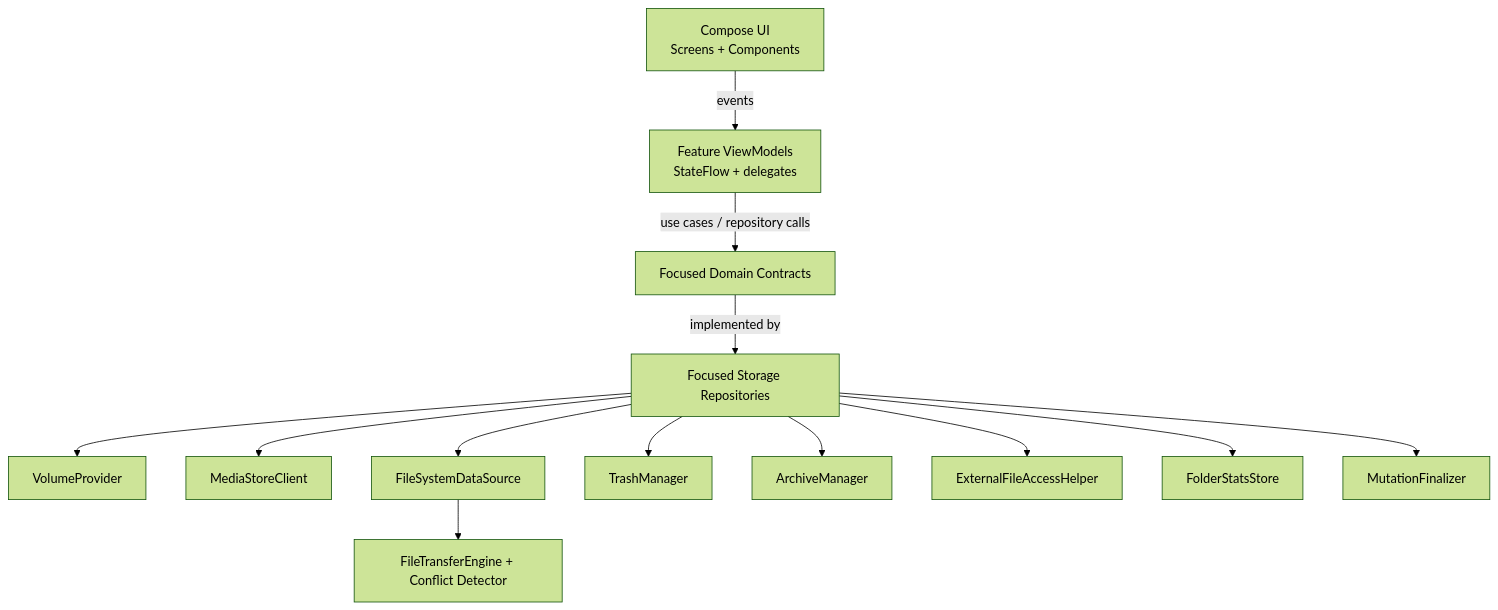
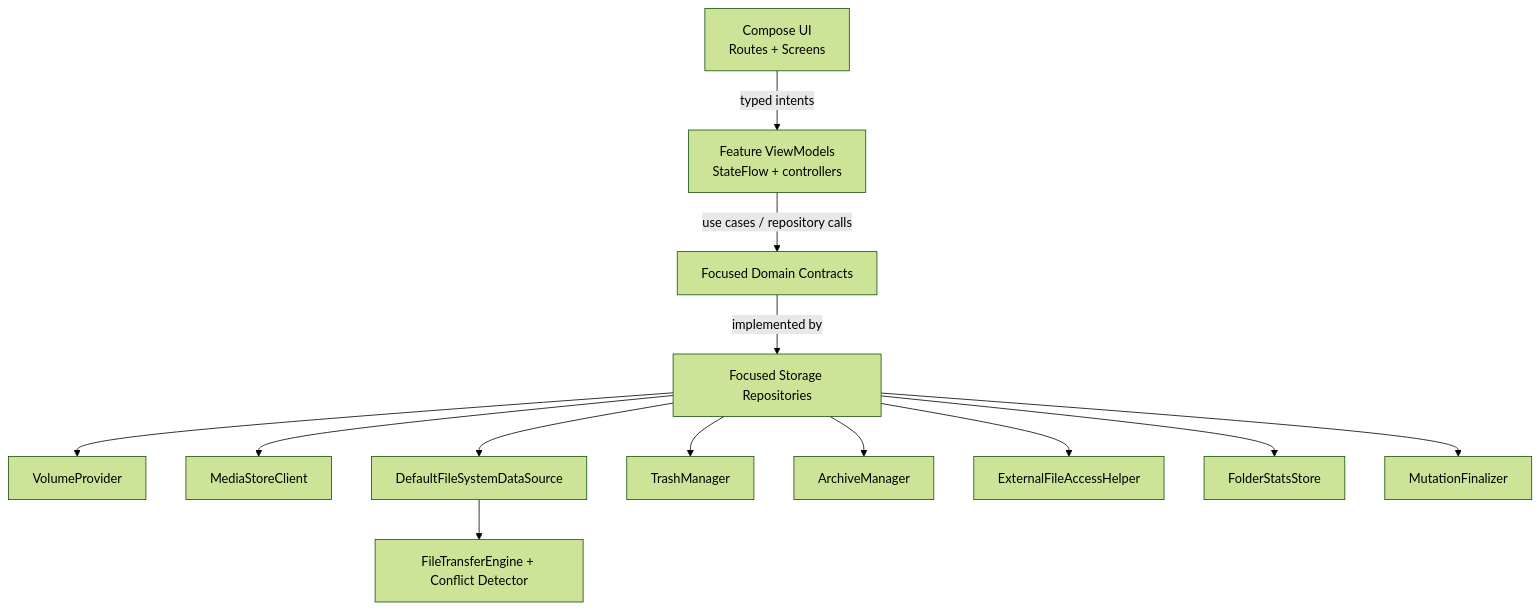
The diagram in DEVELOPMENT.md (qtremors/arcile), drawn with Mermaid (forest theme) before and after one commit. The commit also changed other lines of this file and 82 other files, not shown here.

````diff
--- a/DEVELOPMENT.md
+++ b/DEVELOPMENT.md
@@ -42,15 +42,15 @@
 ```mermaid
 graph TD
-    A["Compose UI<br/>Screens + Components"] -->|events| B["Feature ViewModels<br/>StateFlow + delegates"]
+    A["Compose UI<br/>Routes + Screens"] -->|typed intents| B["Feature ViewModels<br/>StateFlow + controllers"]
     B -->|use cases / repository calls| C["Focused Domain Contracts"]
     C -->|implemented by| D["Focused Storage Repositories"]
     D --> E["VolumeProvider"]
     D --> F["MediaStoreClient"]
-    D --> G["FileSystemDataSource"]
+    D --> G["DefaultFileSystemDataSource"]
     D --> H["TrashManager"]
     D --> I["ArchiveManager"]
     D --> K["ExternalFileAccessHelper"]
     G --> J["FileTransferEngine + Conflict Detector"]
     D --> L["FolderStatsStore"]
     D --> M["MutationFinalizer"]
 ```
````
